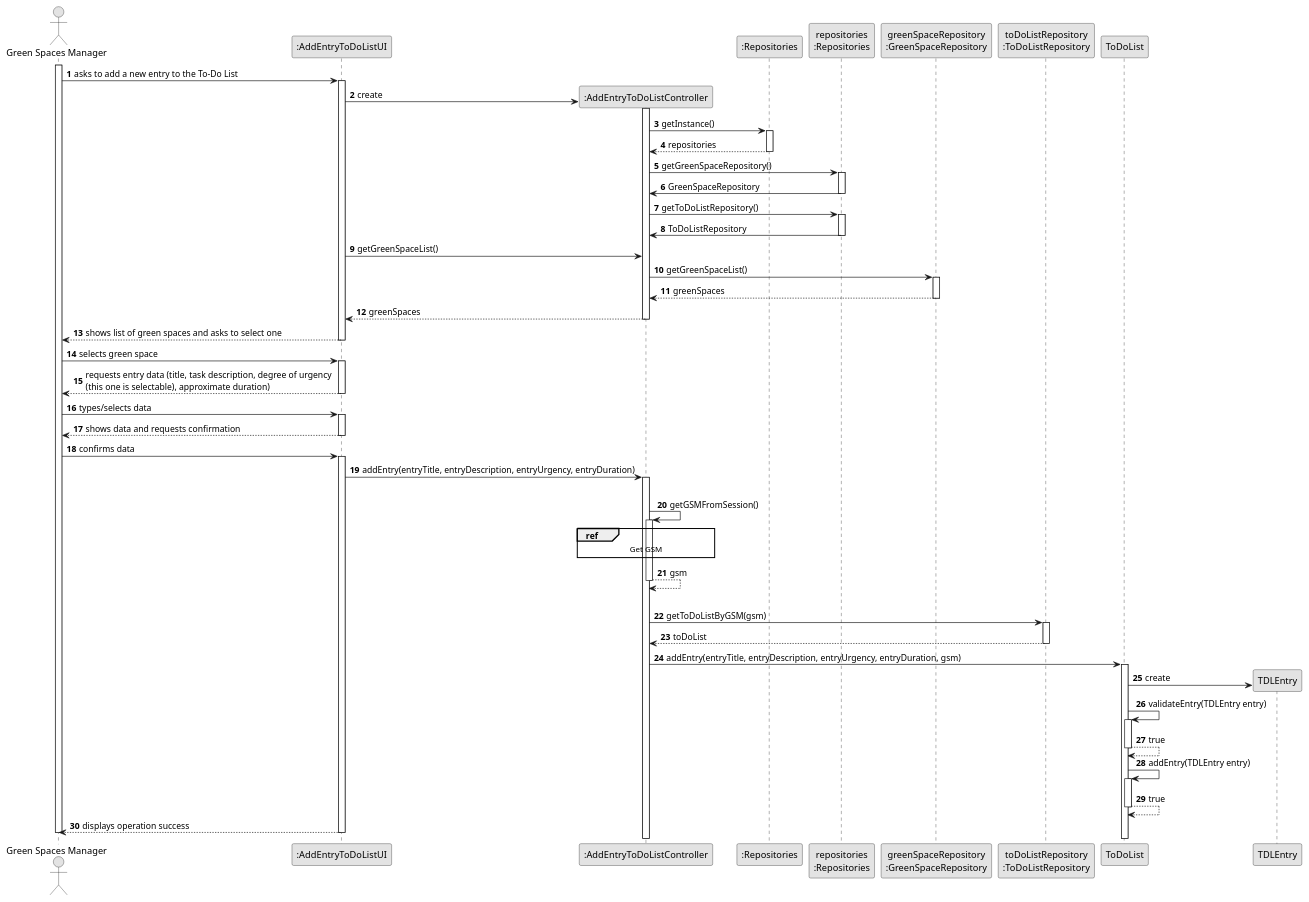
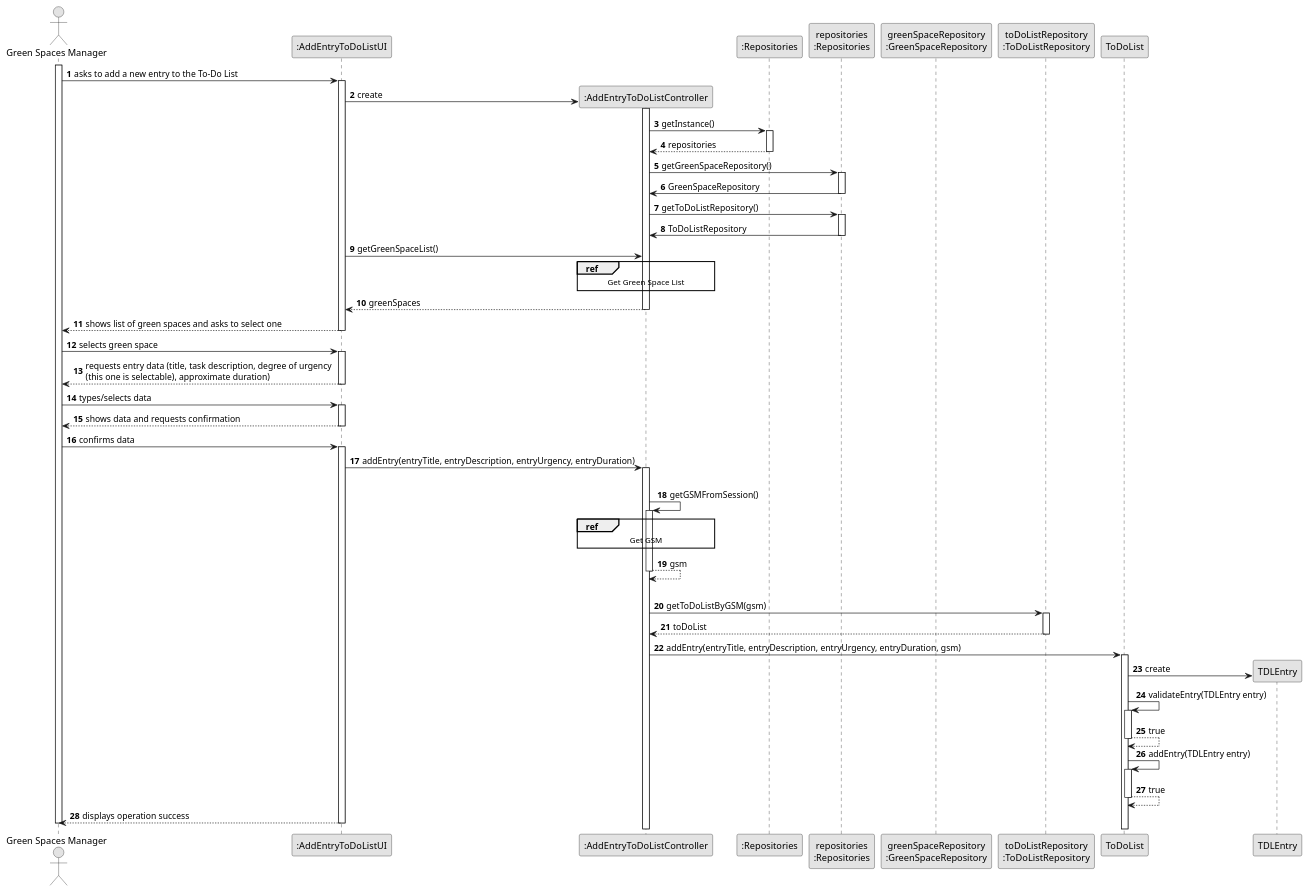
The diagram in docs/sprint3/us021/03.design/puml/us021-sequence-diagram-full.puml (tiagosoa/lei-24-s2-1dgh-g073), drawn with PlantUML before and after one commit. The commit also changed 2 other files, not shown here.

Commit message:
Get GS List US21

```diff
--- a/docs/sprint3/us021/03.design/puml/us021-sequence-diagram-full.puml
+++ b/docs/sprint3/us021/03.design/puml/us021-sequence-diagram-full.puml
@@ -1,127 +1,125 @@
 @startuml
 skinparam monochrome true
 skinparam packageStyle rectangle
 skinparam shadowing false
 
 autonumber
 
 'hide footbox
 actor "Green Spaces Manager" as ADM
 participant ":AddEntryToDoListUI" as UI
 participant ":AddEntryToDoListController" as CTRL
 participant ":Repositories" as RepositorySingleton
 participant "repositories\n:Repositories" as PLAT
 participant "greenSpaceRepository\n:GreenSpaceRepository" as GSR
 participant "toDoListRepository\n:ToDoListRepository" as TDR
 participant "ToDoList" as TDL
 participant "TDLEntry" as ENTRADA
 
 activate ADM
 
         ADM -> UI : asks to add a new entry to the To-Do List
 
         activate UI
 
 '            UI --> ADM : requests data (name)
             'create CTRL
             UI -> CTRL** : create
 
             activate CTRL
 
                         CTRL -> RepositorySingleton : getInstance()
                                         activate RepositorySingleton
 
                                             RepositorySingleton --> CTRL: repositories
                                         deactivate RepositorySingleton
 
                              CTRL -> PLAT : getGreenSpaceRepository()
                                      activate PLAT
 
                                  PLAT -> CTRL : GreenSpaceRepository
                                  deactivate PLAT
 
                              CTRL -> PLAT : getToDoListRepository()
                                      activate PLAT
 
                                  PLAT -> CTRL : ToDoListRepository
                                  deactivate PLAT
 
 
 
                              UI -> CTRL : getGreenSpaceList()
-                            CTRL -> GSR : getGreenSpaceList()
-                            activate GSR
-
-                            GSR --> CTRL : greenSpaces
-                            deactivate GSR
+                            ref over CTRL
+                            Get Green Space List
+                            end
 
                             CTRL --> UI : greenSpaces
                             deactivate CTRL
 
 
 
 
     UI --> ADM : shows list of green spaces and asks to select one
     deactivate UI
 
     ADM -> UI : selects green space
     activate UI
 
     UI --> ADM : requests entry data (title, task description, degree of urgency \n(this one is selectable), approximate duration)
     deactivate UI
 
         ADM -> UI : types/selects data
         activate UI
         
             UI --> ADM : shows data and requests confirmation
             deactivate UI
         
             ADM -> UI : confirms data
             activate UI
 
 
         UI -> CTRL : addEntry(entryTitle, entryDescription, entryUrgency, entryDuration)
         activate CTRL
 
             |||
             CTRL -> CTRL : getGSMFromSession()
             activate CTRL
 
             ref over CTRL
             Get GSM
             end
 
                 CTRL --> CTRL : gsm
             deactivate CTRL
 
             |||
 
             CTRL -> TDR: getToDoListByGSM(gsm)
             activate TDR
 
             TDR --> CTRL: toDoList
             deactivate TDR
 
             CTRL -> TDL: addEntry(entryTitle, entryDescription, entryUrgency, entryDuration, gsm)
             activate TDL
 
                 TDL -> ENTRADA**: create
 
                 TDL -> TDL: validateEntry(TDLEntry entry)
                 activate TDL
 
                 TDL --> TDL: true
                 deactivate TDL
 
                 TDL -> TDL: addEntry(TDLEntry entry)
                                 activate TDL
 
                                 TDL --> TDL: true
                                 deactivate TDL
 
             UI --> ADM: displays operation success
     deactivate UI
 
 deactivate ADM
 
 @enduml
```
